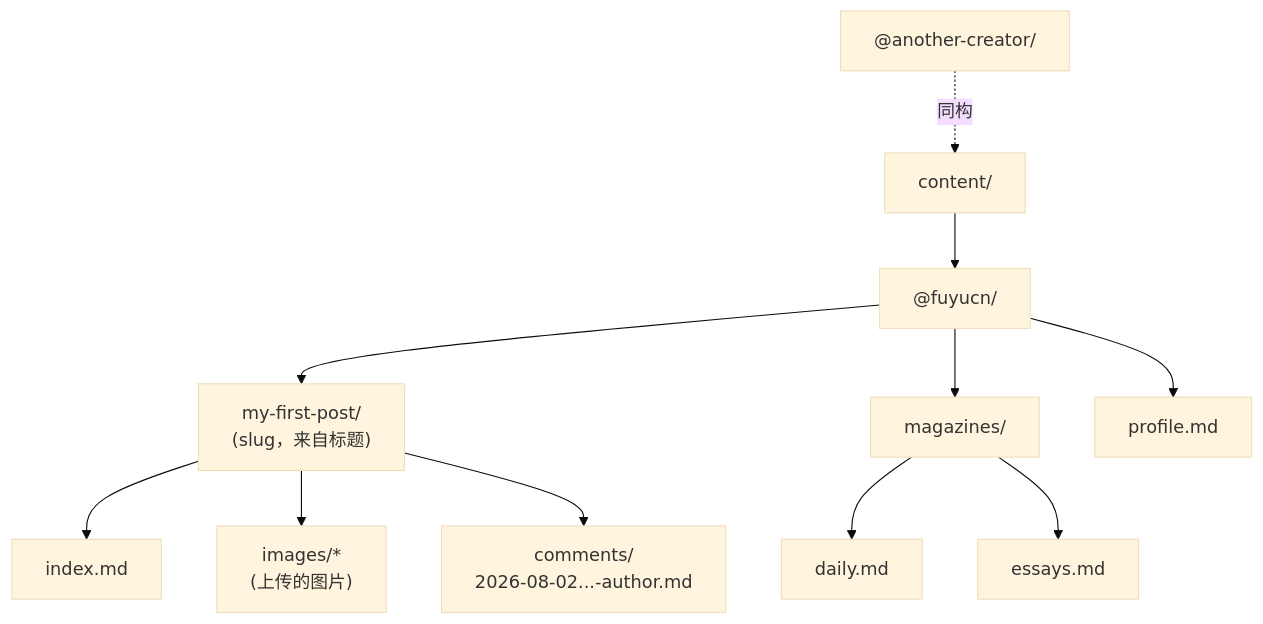
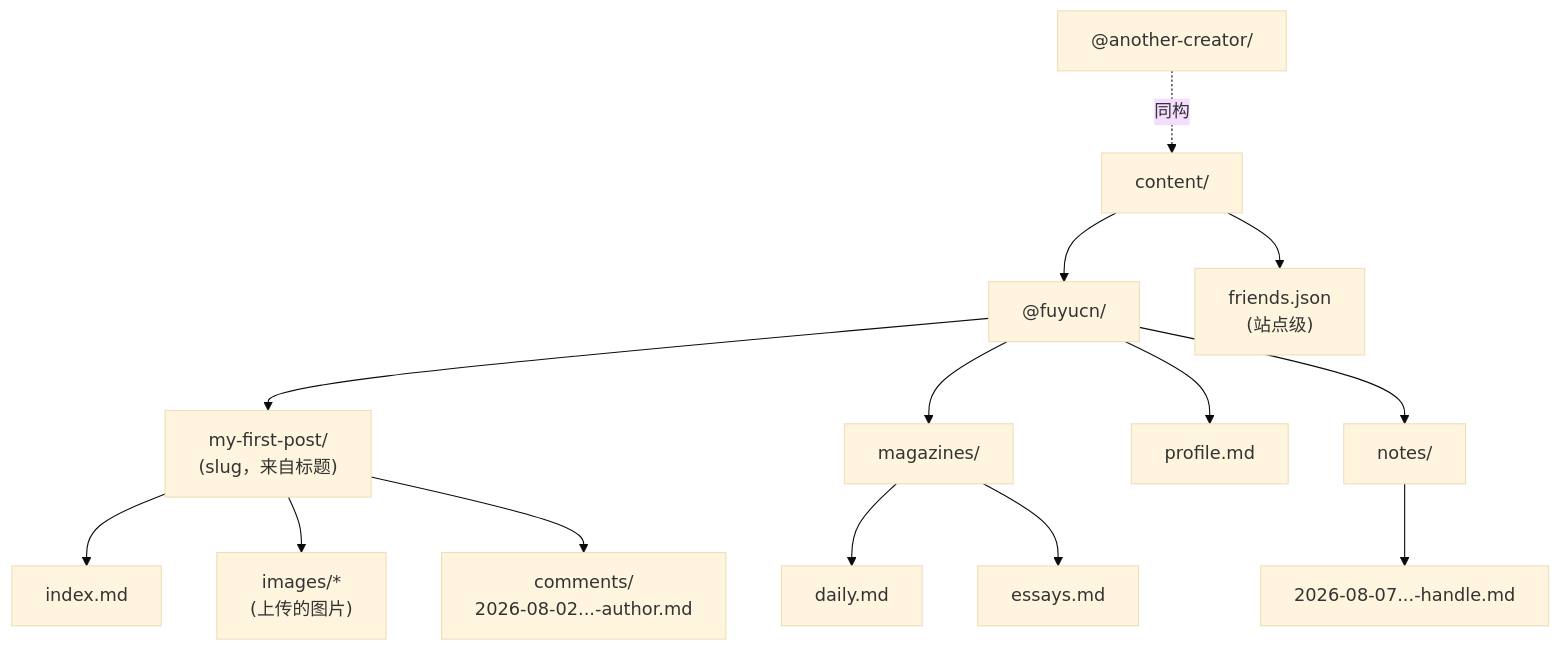
Before and after one commit to fuyucn/sumi: the third of 10 diagrams in docs/ARCHITECTURE.md, drawn with Mermaid (base theme). The commit also changed other lines of this file and 33 other files, not shown here.

Commit message:
feat(notes-friends): 手记时间线 + 友链页（Git/Postgres/D1 三后端）

````diff
--- a/docs/ARCHITECTURE.md
+++ b/docs/ARCHITECTURE.md
@@ -164,16 +165,20 @@
 ```mermaid
 graph TD
     Root["content/"] --> H["@fuyucn/"]
     Sub["@another-creator/"] -.同构.-> Root
 
     H --> P["my-first-post/<br/>(slug，来自标题)"]
     P --> PI["index.md"]
     P --> IMG["images/*<br/>(上传的图片)"]
     P --> C["comments/<br/>2026-08-02...-author.md"]
 
     H --> MAG["magazines/"]
     MAG --> M1["daily.md"]
     MAG --> M2["essays.md"]
 
     H --> PROF["profile.md"]
+    H --> NOTES["notes/"]
+    NOTES --> N1["2026-08-07...-handle.md"]
+
+    Root --> F["friends.json<br/>(站点级)"]
 ```
````
